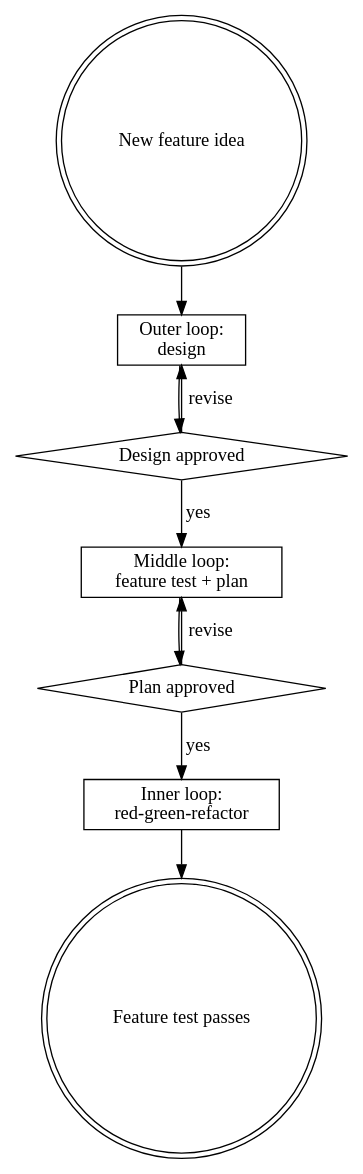
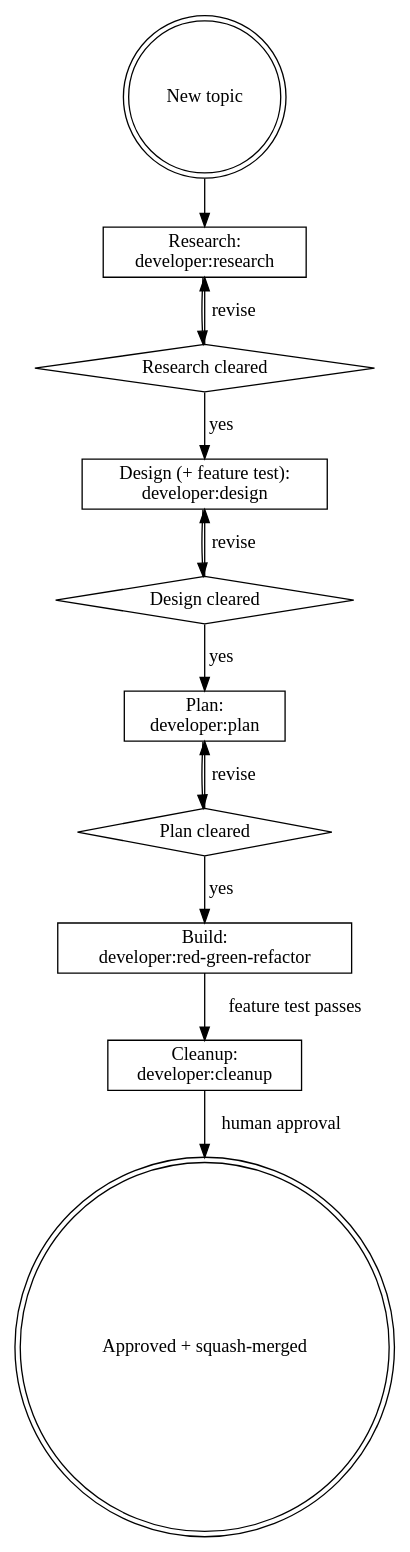
Before and after one commit to DavidSouther/domain-driven-design: the diagram in developer/e2e/context/skills/using-developer/SKILL.md, drawn with Graphviz. The commit also changed other lines of this file and 9 other files, not shown here.

````diff
--- a/developer/e2e/context/skills/using-developer/SKILL.md
+++ b/developer/e2e/context/skills/using-developer/SKILL.md
@@ -12,20 +12,27 @@
 ```dot
-digraph loops {
-    start [shape=doublecircle label="New feature idea"];
-    outer [shape=box label="Outer loop:\ndesign"];
-    design_ok [shape=diamond label="Design approved"];
-    middle [shape=box label="Middle loop:\nfeature test + plan"];
-    plan_ok [shape=diamond label="Plan approved"];
-    inner [shape=box label="Inner loop:\nred-green-refactor"];
-    done [shape=doublecircle label="Feature test passes"];
+digraph phases {
+    start [shape=doublecircle label="New topic"];
+    research [shape=box label="Research:\ndeveloper:research"];
+    rg [shape=diamond label="Research cleared"];
+    design [shape=box label="Design (+ feature test):\ndeveloper:design"];
+    dg [shape=diamond label="Design cleared"];
+    plan [shape=box label="Plan:\ndeveloper:plan"];
+    pg [shape=diamond label="Plan cleared"];
+    build [shape=box label="Build:\ndeveloper:red-green-refactor"];
+    cleanup [shape=box label="Cleanup:\ndeveloper:cleanup"];
+    done [shape=doublecircle label="Approved + squash-merged"];
 
-    start -> outer;
-    outer -> design_ok;
-    design_ok -> middle [label="yes"];
-    design_ok -> outer [label="revise"];
-    middle -> plan_ok;
-    plan_ok -> inner [label="yes"];
-    plan_ok -> middle [label="revise"];
-    inner -> done;
+    start -> research;
+    research -> rg;
+    rg -> design [label="yes"];
+    rg -> research [label="revise"];
+    design -> dg;
+    dg -> plan [label="yes"];
+    dg -> design [label="revise"];
+    plan -> pg;
+    pg -> build [label="yes"];
+    pg -> plan [label="revise"];
+    build -> cleanup [label="feature test passes"];
+    cleanup -> done [label="human approval"];
 }
 ```
````
